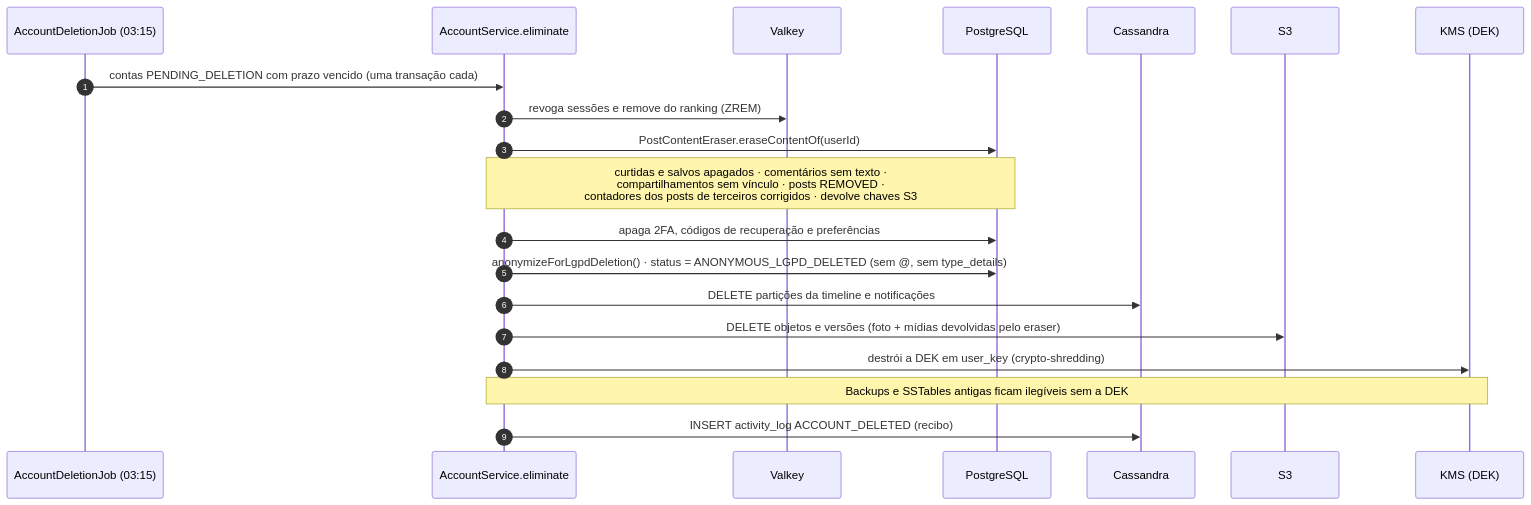
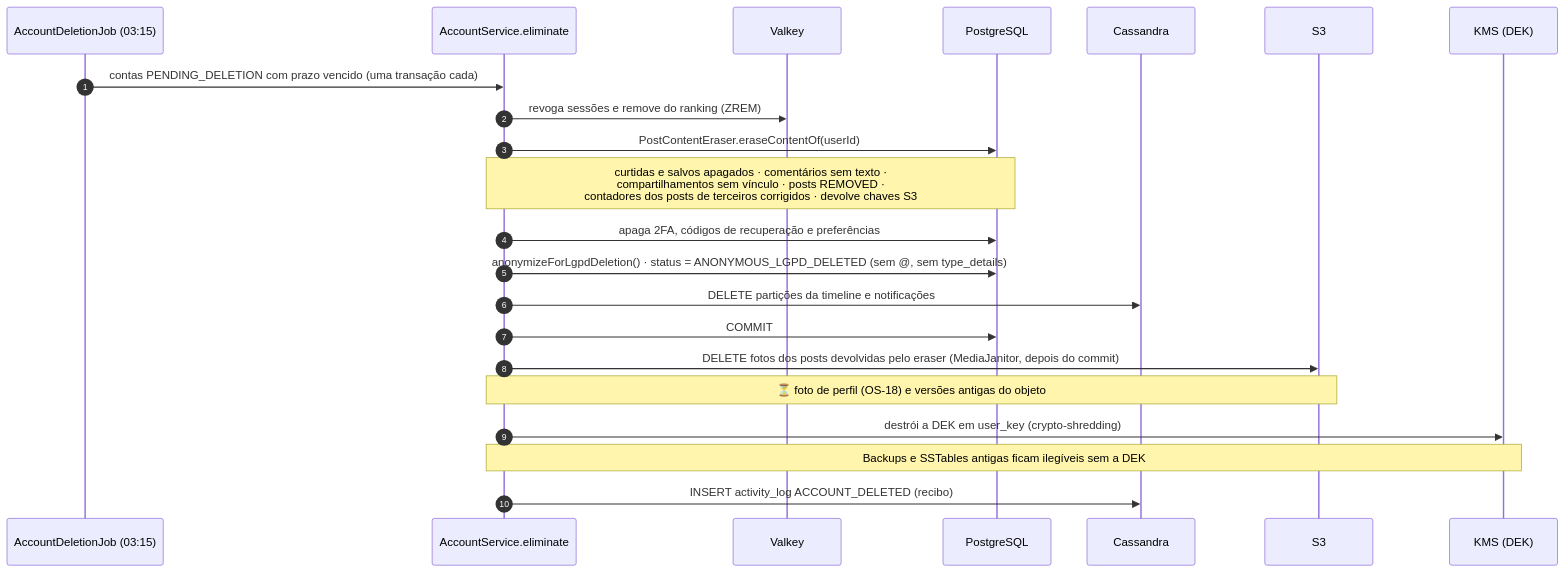
One commit to MatheusHaliski/orange_social_velion changed the third of 4 diagrams in docs/rf/RF23-direitos-titular-lgpd.md. Above: the diagram before and after it, drawn with Mermaid. The commit also changed other lines of this file and 32 other files, not shown here.

````diff
--- a/docs/rf/RF23-direitos-titular-lgpd.md
+++ b/docs/rf/RF23-direitos-titular-lgpd.md
@@ -106,23 +106,25 @@
 ```mermaid
 sequenceDiagram
     autonumber
     participant JOB as AccountDeletionJob (03:15)
     participant SG as AccountService.eliminate
     participant VK as Valkey
     participant PG as PostgreSQL
     participant CS as Cassandra
     participant S3 as S3
     participant KMS as KMS (DEK)
 
     JOB->>SG: contas PENDING_DELETION com prazo vencido (uma transação cada)
     SG->>VK: revoga sessões e remove do ranking (ZREM)
     SG->>PG: PostContentEraser.eraseContentOf(userId)
     Note over SG,PG: curtidas e salvos apagados · comentários sem texto ·<br/>compartilhamentos sem vínculo · posts REMOVED ·<br/>contadores dos posts de terceiros corrigidos · devolve chaves S3
     SG->>PG: apaga 2FA, códigos de recuperação e preferências
     SG->>PG: anonymizeForLgpdDeletion() · status = ANONYMOUS_LGPD_DELETED (sem @, sem type_details)
     SG->>CS: DELETE partições da timeline e notificações
-    SG->>S3: DELETE objetos e versões (foto + mídias devolvidas pelo eraser)
+    SG->>PG: COMMIT
+    SG->>S3: DELETE fotos dos posts devolvidas pelo eraser (MediaJanitor, depois do commit)
+    Note over SG,S3: ⏳ foto de perfil (OS-18) e versões antigas do objeto
     SG->>KMS: destrói a DEK em user_key (crypto-shredding)
     Note over SG,KMS: Backups e SSTables antigas ficam ilegíveis sem a DEK
     SG->>CS: INSERT activity_log ACCOUNT_DELETED (recibo)
 ```
````
